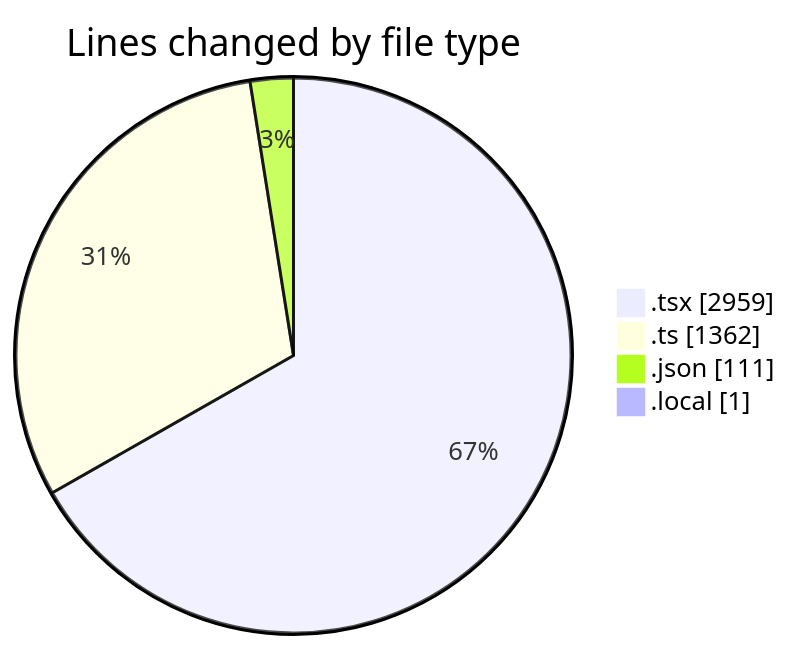
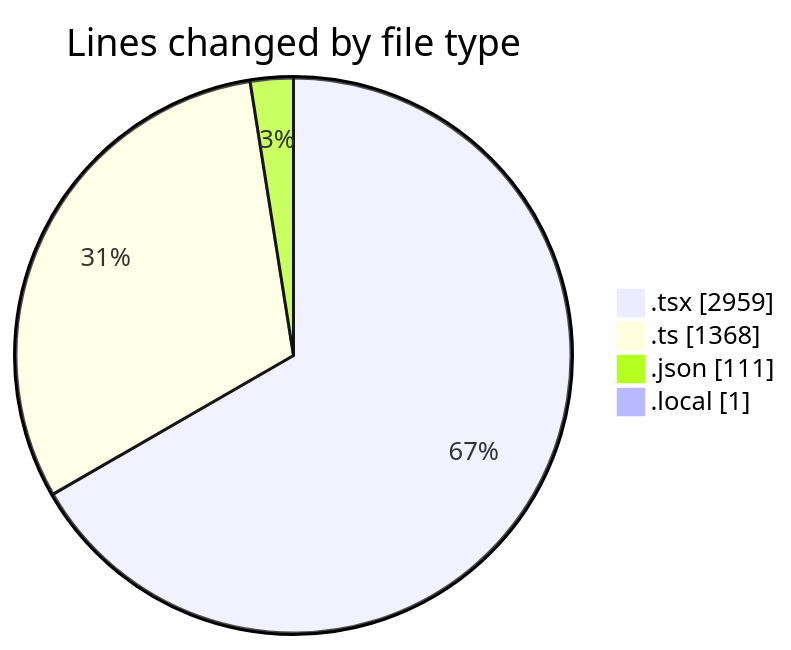
The first of 2 diagrams in 2025-11-08/eventscop-frontend-guide__workspace_/README.md (julien-gomy/code-tracking), drawn with Mermaid before and after one commit. The commit also changed other lines of this file and 1 other file, not shown here.

````diff
--- a/2025-11-08/eventscop-frontend-guide__workspace_/README.md
+++ b/2025-11-08/eventscop-frontend-guide__workspace_/README.md
@@ -60,8 +60,8 @@
 ```mermaid
 pie showData
 title Lines changed by file type
 ".tsx" : 2959
-".ts" : 1362
+".ts" : 1368
 ".json" : 111
 ".local" : 1
 ```
````
